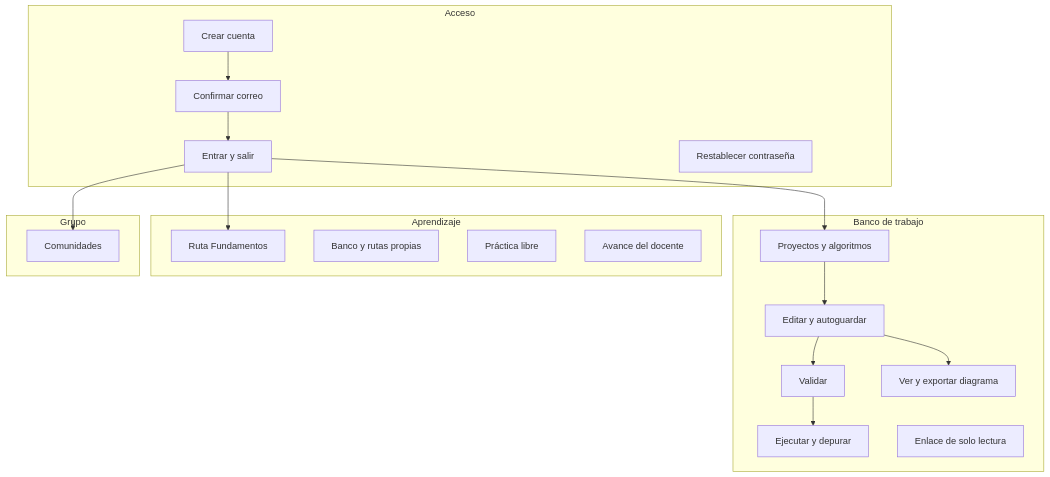
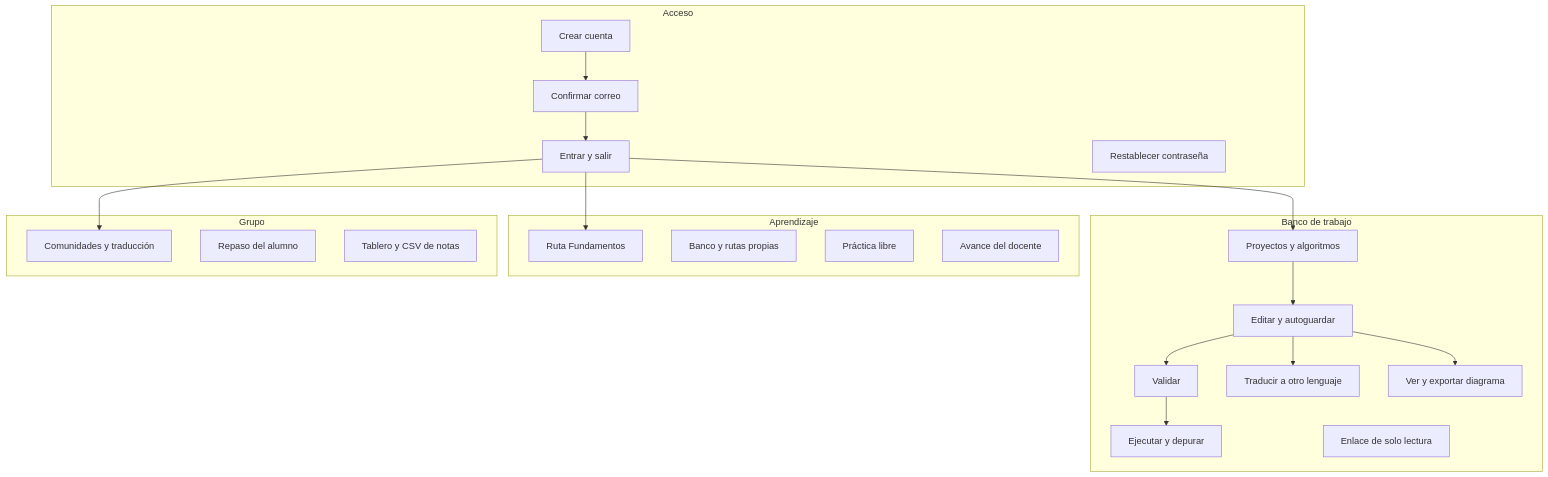
One commit to roque-code/FCDesign_client_server changed the diagram in docs/vistas/arquitectura-funcional.md. Above: the diagram before and after it, drawn with Mermaid. The commit also changed other lines of this file and 62 other files, not shown here.

Commit message:
se agrgega la posibilidad de que el docente active o no la praduccion, el docente puede abrir los proyectos del alumno en modo lectura,se agrega un dashboard de avande el alumno,se pemite agregar retos al banco por csv

````diff
--- a/docs/vistas/arquitectura-funcional.md
+++ b/docs/vistas/arquitectura-funcional.md
@@ -5,31 +5,35 @@
 ```mermaid
 flowchart TB
     subgraph acceso [Acceso]
         alta[Crear cuenta]
         confirmar[Confirmar correo]
         entrar[Entrar y salir]
         clave[Restablecer contraseña]
     end
     subgraph trabajo [Banco de trabajo]
         proy[Proyectos y algoritmos]
         editar[Editar y autoguardar]
         validar[Validar]
+        traducir[Traducir a otro lenguaje]
         correr[Ejecutar y depurar]
         diagrama[Ver y exportar diagrama]
         compartir[Enlace de solo lectura]
     end
     subgraph aprendizaje [Aprendizaje]
         ruta[Ruta Fundamentos]
         banco[Banco y rutas propias]
         practica[Práctica libre]
         avance[Avance del docente]
     end
     subgraph grupo [Grupo]
-        comunidad[Comunidades]
+        comunidad[Comunidades y traducción]
+        repaso[Repaso del alumno]
+        notas[Tablero y CSV de notas]
     end
     alta --> confirmar --> entrar --> proy
     proy --> editar --> validar --> correr
+    editar --> traducir
     editar --> diagrama
     entrar --> ruta
     entrar --> comunidad
 ```
````
